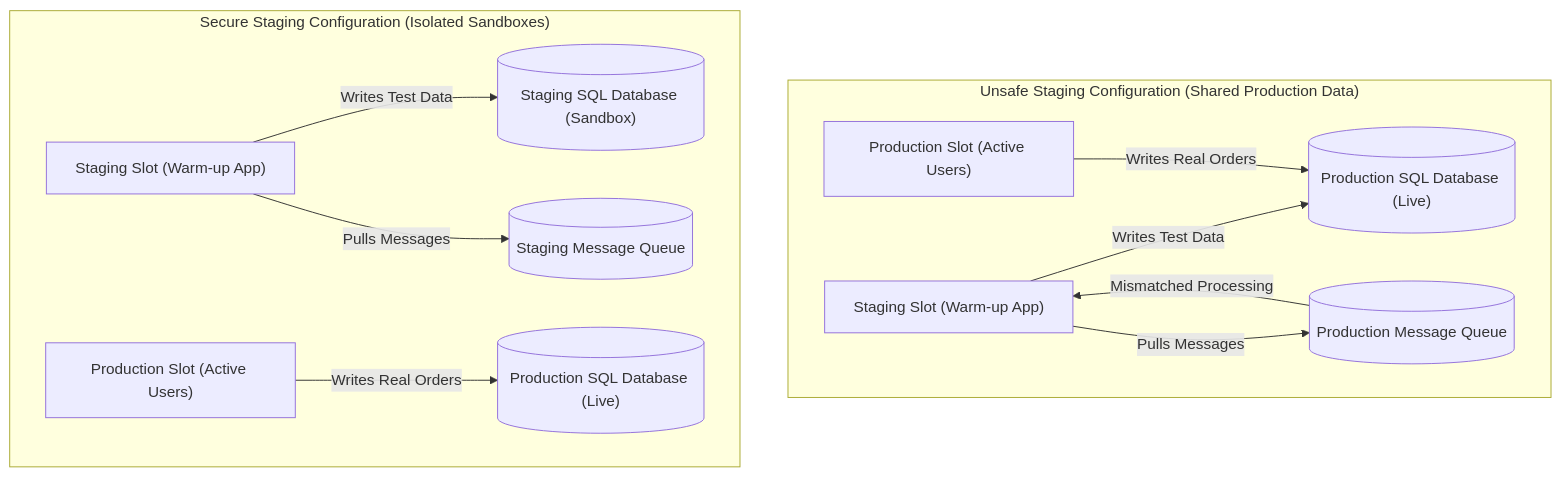
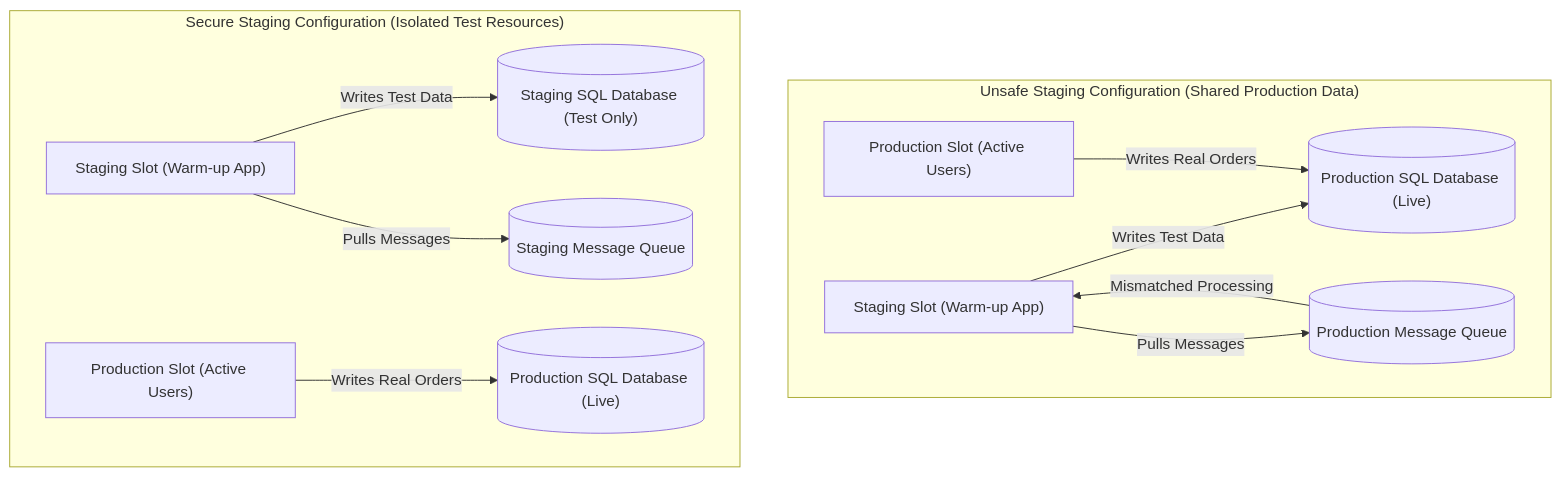
One commit to senlinyy/dev-roadmaps changed the second of 4 diagrams in cloud-providers/azure/deployment-runtime-operations/safe-rollouts.md. Above: the diagram before and after it, drawn with Mermaid. The commit also changed other lines of this file and 343 other files, not shown here.

````diff
--- a/cloud-providers/azure/deployment-runtime-operations/safe-rollouts.md
+++ b/cloud-providers/azure/deployment-runtime-operations/safe-rollouts.md
@@ -94,15 +100,15 @@
 ```mermaid
 flowchart TD
     subgraph Polluted["Unsafe Staging Configuration (Shared Production Data)"]
         StagingAppA["Staging Slot (Warm-up App)"] -->|"Writes Test Data"| ProdDBA[("Production SQL Database (Live)")]
         ProdAppA["Production Slot (Active Users)"] -->|"Writes Real Orders"| ProdDBA
         StagingAppA -->|"Pulls Messages"| ProdQueueA[("Production Message Queue")]
         ProdQueueA -->|"Mismatched Processing"| StagingAppA
     end
 
-    subgraph Isolated["Secure Staging Configuration (Isolated Sandboxes)"]
-        StagingAppB["Staging Slot (Warm-up App)"] -->|"Writes Test Data"| StagingDBB[("Staging SQL Database (Sandbox)")]
+    subgraph Isolated["Secure Staging Configuration (Isolated Test Resources)"]
+        StagingAppB["Staging Slot (Warm-up App)"] -->|"Writes Test Data"| StagingDBB[("Staging SQL Database (Test Only)")]
         ProdAppB["Production Slot (Active Users)"] -->|"Writes Real Orders"| ProdDBB[("Production SQL Database (Live)")]
         StagingAppB -->|"Pulls Messages"| StagingQueueB[("Staging Message Queue")]
     end
 ```
````
